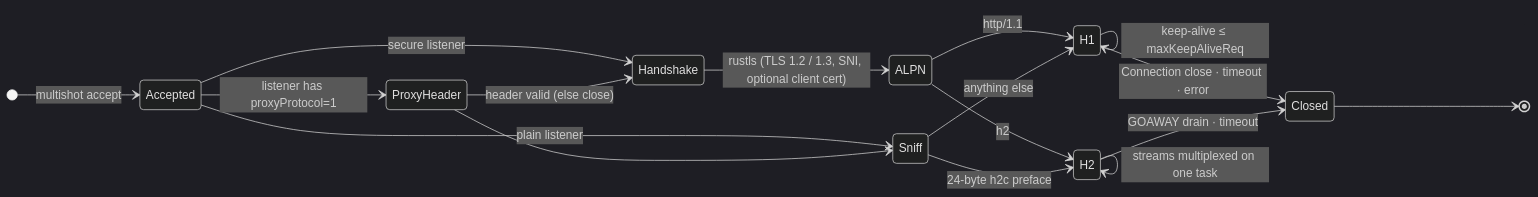
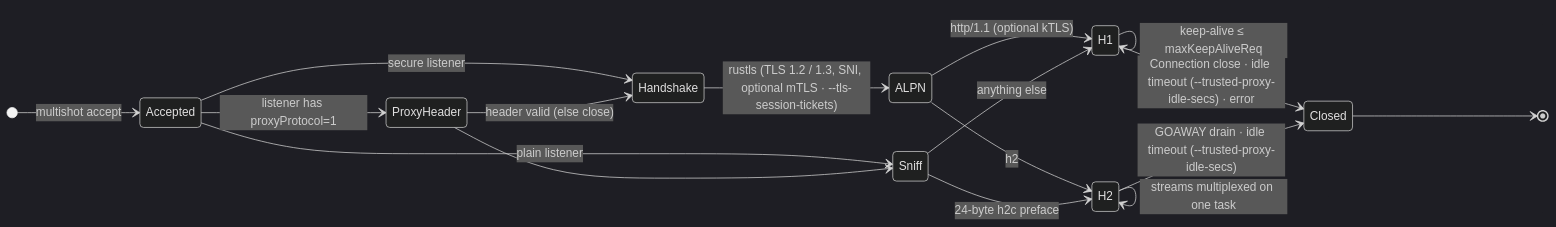
One commit to faratech/httpjet-site changed the diagram in docs-src/diagrams/connection-lifecycle.mmd. Above: the diagram before and after it, drawn with Mermaid (dark theme). The commit also changed 61 other files, not shown here.

Commit message:
docs: add interactive per-build performance explorer and 5 architecture diagrams (20261024b)

```diff
--- a/docs-src/diagrams/connection-lifecycle.mmd
+++ b/docs-src/diagrams/connection-lifecycle.mmd
@@ -1,18 +1,18 @@
 stateDiagram-v2
   direction LR
   [*] --> Accepted: multishot accept
   Accepted --> ProxyHeader: listener has proxyProtocol=1
   Accepted --> Handshake: secure listener
   Accepted --> Sniff: plain listener
   ProxyHeader --> Handshake: header valid (else close)
   ProxyHeader --> Sniff
-  Handshake --> ALPN: rustls (TLS 1.2 / 1.3, SNI, optional client cert)
-  ALPN --> H1: http/1.1
+  Handshake --> ALPN: rustls (TLS 1.2 / 1.3, SNI, optional mTLS · --tls-session-tickets)
+  ALPN --> H1: http/1.1 (optional kTLS)
   ALPN --> H2: h2
   Sniff --> H2: 24-byte h2c preface
   Sniff --> H1: anything else
   H1 --> H1: keep-alive ≤ maxKeepAliveReq
   H2 --> H2: streams multiplexed on one task
-  H1 --> Closed: Connection close · timeout · error
-  H2 --> Closed: GOAWAY drain · timeout
+  H1 --> Closed: Connection close · idle timeout (--trusted-proxy-idle-secs) · error
+  H2 --> Closed: GOAWAY drain · idle timeout (--trusted-proxy-idle-secs)
   Closed --> [*]
```
